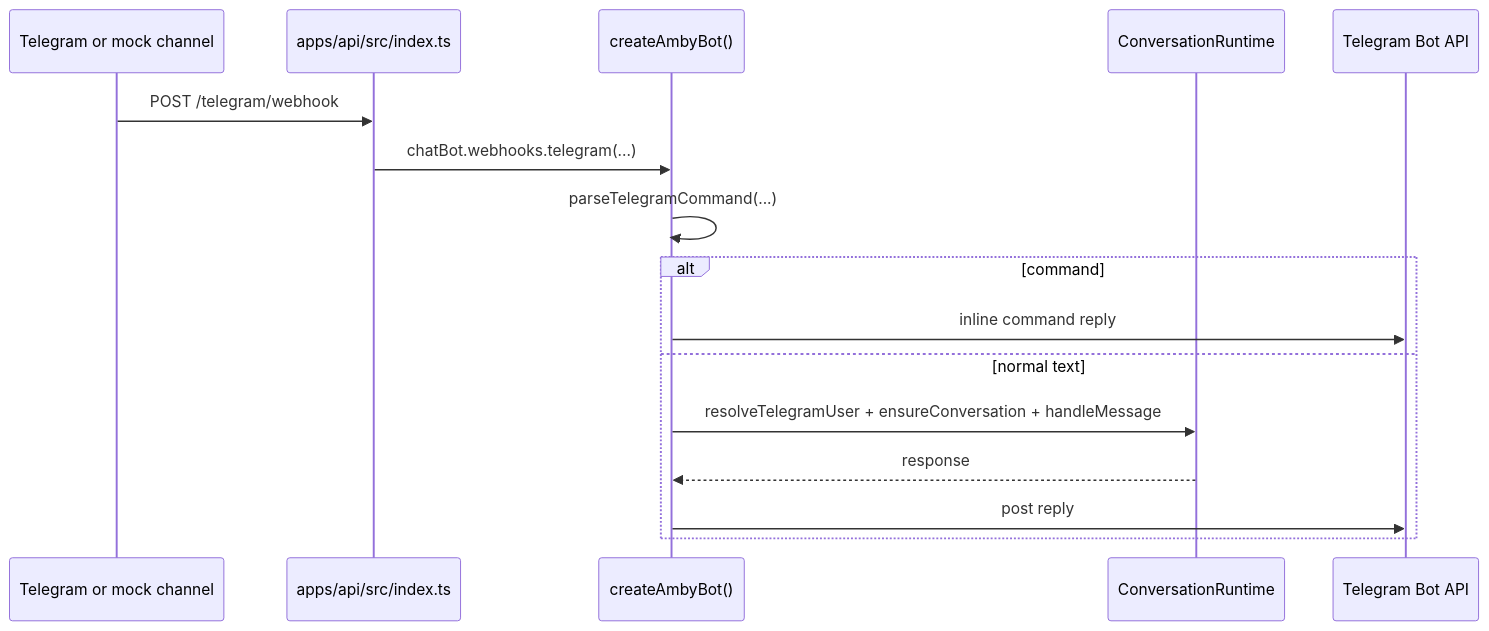
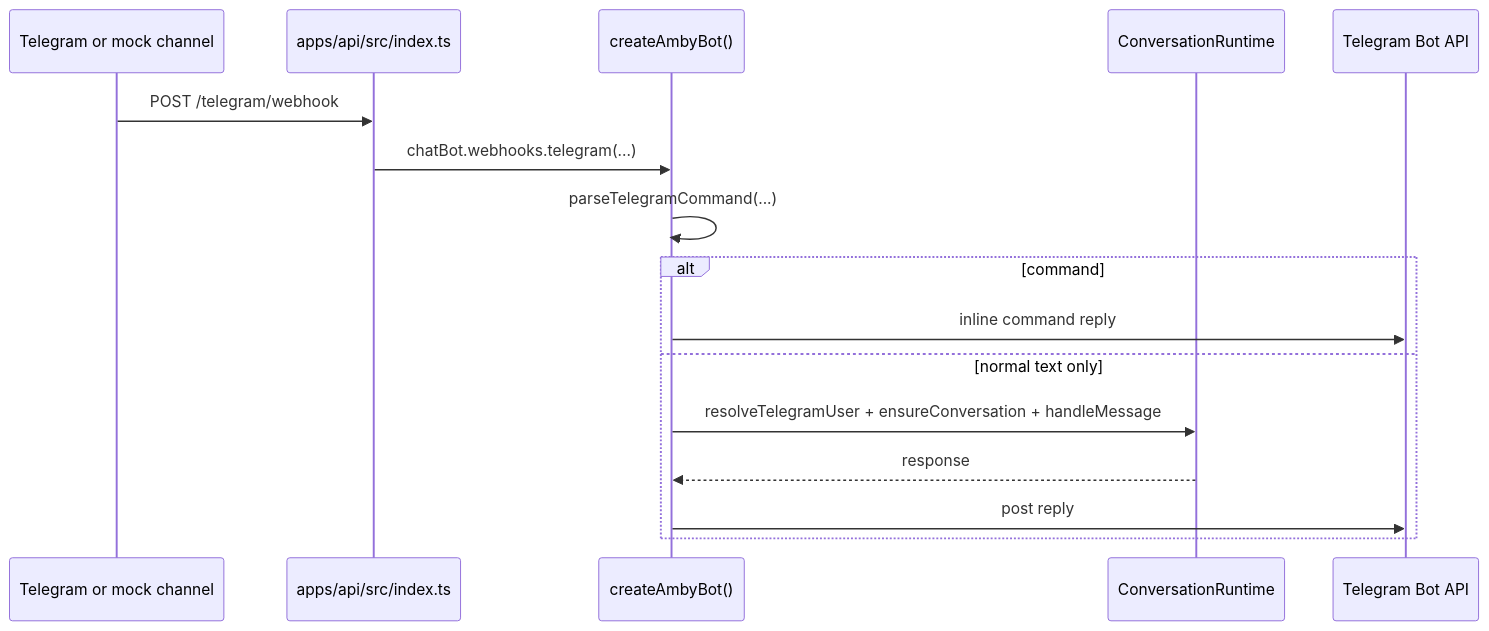
One commit to punitarani/amby changed the fourth of 4 diagrams in docs/channels/telegram.md. Above: the diagram before and after it, drawn with Mermaid. The commit also changed other lines of this file and 6 other files, not shown here.

````diff
--- a/docs/channels/telegram.md
+++ b/docs/channels/telegram.md
@@ -270,19 +274,19 @@
 ```mermaid
 sequenceDiagram
     participant TG as Telegram or mock channel
     participant API as apps/api/src/index.ts
     participant Bot as createAmbyBot()
     participant Agent as ConversationRuntime
     participant TGA as Telegram Bot API
 
     TG->>API: POST /telegram/webhook
     API->>Bot: chatBot.webhooks.telegram(...)
     Bot->>Bot: parseTelegramCommand(...)
     alt command
         Bot->>TGA: inline command reply
-    else normal text
+    else normal text only
         Bot->>Agent: resolveTelegramUser + ensureConversation + handleMessage
         Agent-->>Bot: response
         Bot->>TGA: post reply
     end
 ```
````
